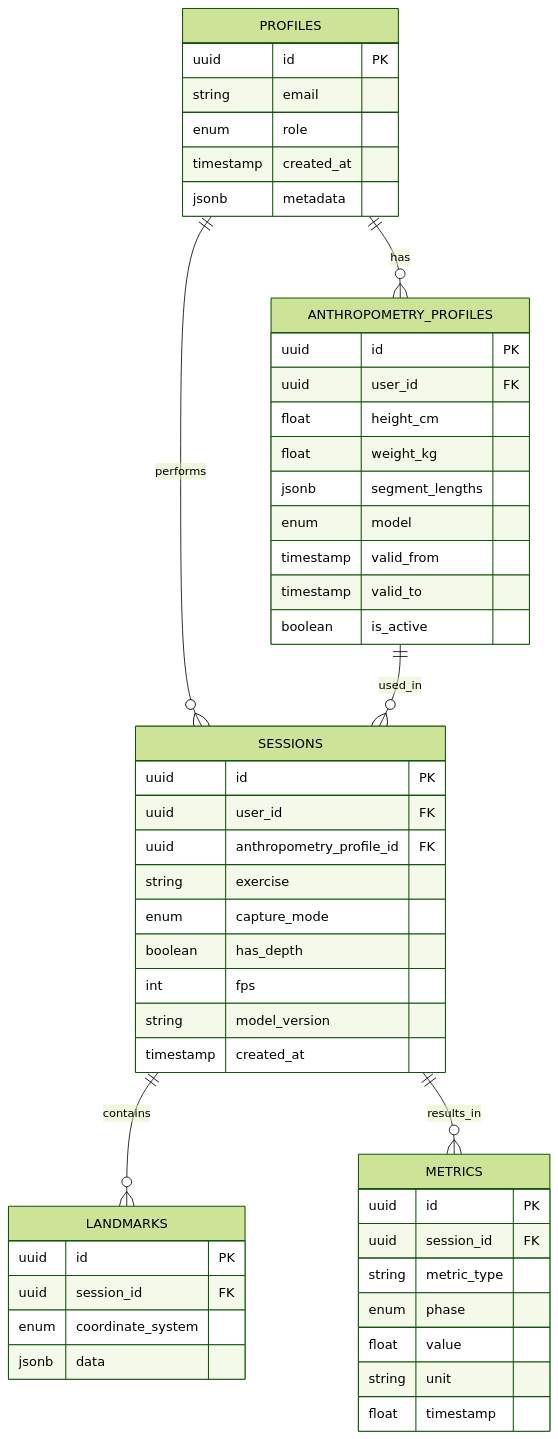
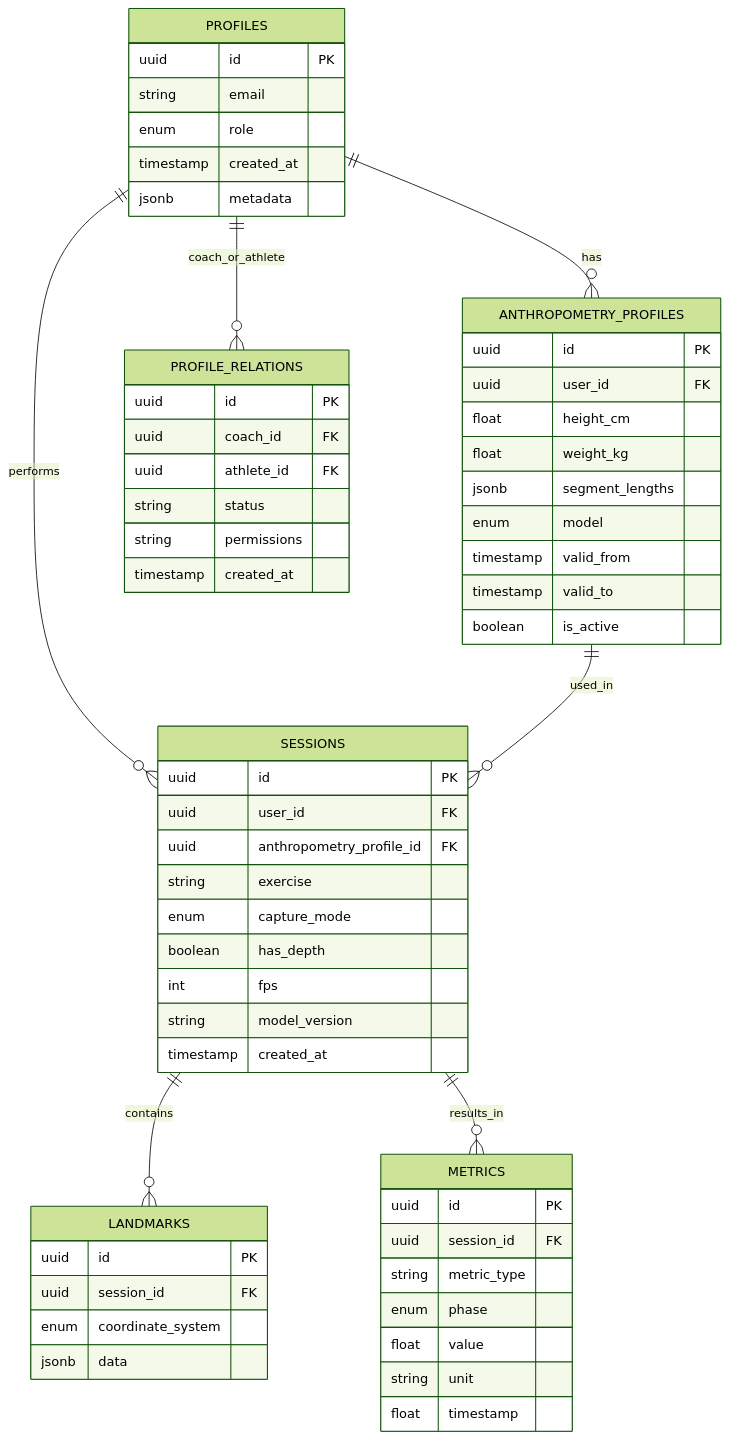
The diagram in docs/diagrams/database_er.md (jc-bioeng/LiftSense), drawn with Mermaid (forest theme) before and after one commit. The commit also changed 3 other files, not shown here.

````diff
--- a/docs/diagrams/database_er.md
+++ b/docs/diagrams/database_er.md
@@ -5,60 +5,70 @@
 ```mermaid
 erDiagram
 
     PROFILES ||--o{ SESSIONS : performs
     PROFILES ||--o{ ANTHROPOMETRY_PROFILES : has
+    PROFILES ||--o{ PROFILE_RELATIONS : coach_or_athlete
 
     PROFILES {
         uuid id PK
         string email
         enum role
         timestamp created_at
         jsonb metadata
+    }
+
+    PROFILE_RELATIONS {
+        uuid id PK
+        uuid coach_id FK
+        uuid athlete_id FK
+        string status
+        string permissions
+        timestamp created_at
     }
 
     ANTHROPOMETRY_PROFILES ||--o{ SESSIONS : used_in
 
     ANTHROPOMETRY_PROFILES {
         uuid id PK
         uuid user_id FK
         float height_cm
         float weight_kg
         jsonb segment_lengths
         enum model
         timestamp valid_from
         timestamp valid_to
         boolean is_active
     }
 
     SESSIONS ||--o{ LANDMARKS : contains
     SESSIONS ||--o{ METRICS : results_in
 
     SESSIONS {
         uuid id PK
         uuid user_id FK
         uuid anthropometry_profile_id FK
         string exercise
         enum capture_mode
         boolean has_depth
         int fps
         string model_version
         timestamp created_at
     }
 
     LANDMARKS {
         uuid id PK
         uuid session_id FK
         enum coordinate_system
         jsonb data
     }
 
     METRICS {
         uuid id PK
         uuid session_id FK
         string metric_type
         enum phase
         float value
         string unit
         float timestamp
     }
 ```
````
